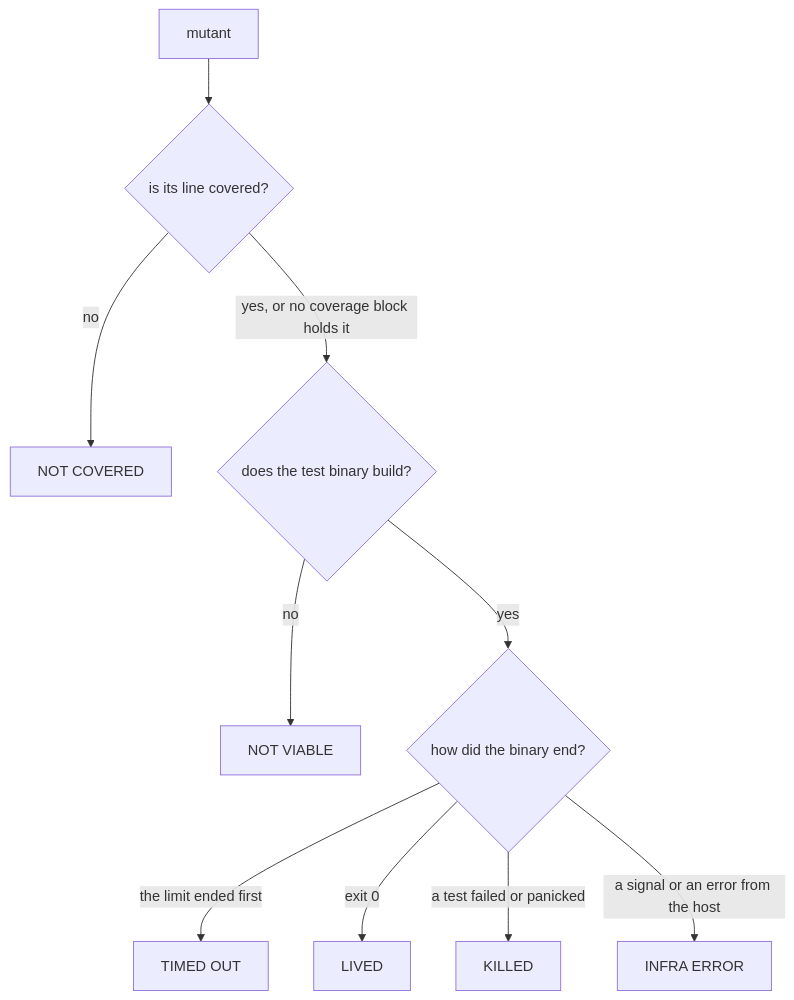
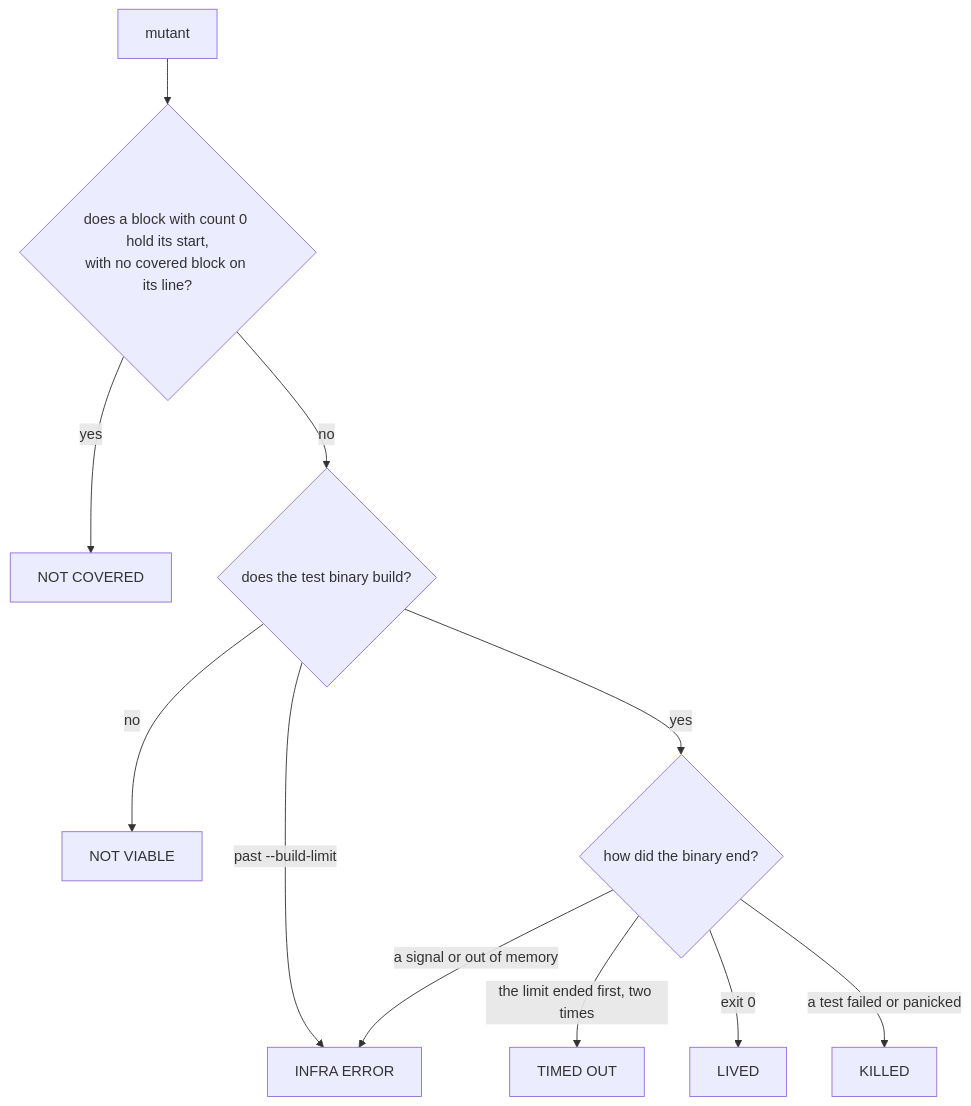
Before and after one commit to hpcsc/mutants: the fourth of 5 diagrams in docs/design.md, drawn with Mermaid. The commit also changed other lines of this file, not shown here.

````diff
--- a/docs/design.md
+++ b/docs/design.md
@@ -298,12 +345,13 @@
 ```mermaid
 flowchart TD
-    S["mutant"] --> CV{"is its line covered?"}
-    CV -- "no" --> NC["NOT COVERED"]
-    CV -- "yes, or no coverage block holds it" --> BLD{"does the test binary build?"}
+    S["mutant"] --> CV{"does a block with count 0 hold its start,<br/>with no covered block on its line?"}
+    CV -- "yes" --> NC["NOT COVERED"]
+    CV -- "no" --> BLD{"does the test binary build?"}
     BLD -- "no" --> NV["NOT VIABLE"]
+    BLD -- "past --build-limit" --> IE
     BLD -- "yes" --> RUN{"how did the binary end?"}
-    RUN -- "the limit ended first" --> TO["TIMED OUT"]
+    RUN -- "the limit ended first, two times" --> TO["TIMED OUT"]
     RUN -- "exit 0" --> LV["LIVED"]
     RUN -- "a test failed or panicked" --> KD["KILLED"]
-    RUN -- "a signal or an error from the host" --> IE["INFRA ERROR"]
+    RUN -- "a signal or out of memory" --> IE["INFRA ERROR"]
 ```
````
